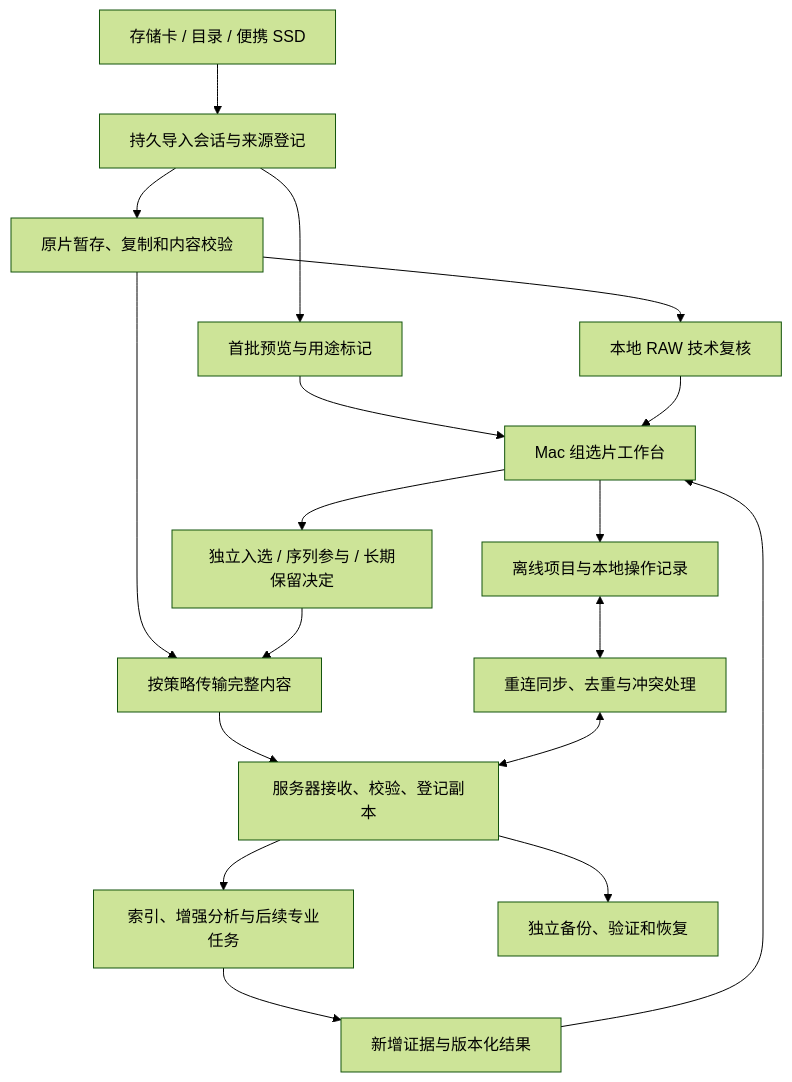
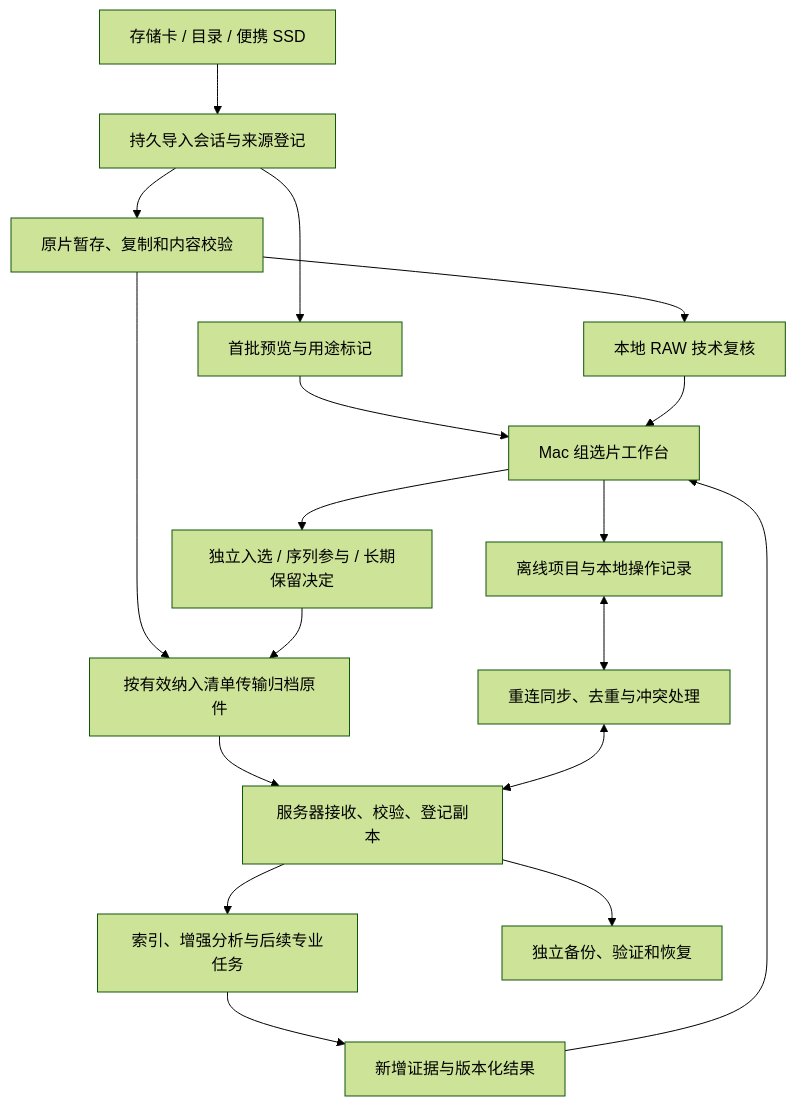
One commit to RobinQu/RAWMaster changed the second of 2 diagrams in docs/planning/04-client-server-workflow-draft.md. Above: the diagram before and after it, drawn with Mermaid (forest theme). The commit also changed other lines of this file and 357 other files, not shown here.

````diff
--- a/docs/planning/04-client-server-workflow-draft.md
+++ b/docs/planning/04-client-server-workflow-draft.md
@@ -49,20 +51,20 @@
 ```mermaid
 flowchart TD
     S[存储卡 / 目录 / 便携 SSD] --> I[持久导入会话与来源登记]
     I --> P[首批预览与用途标记]
     I --> C[原片暂存、复制和内容校验]
     P --> W[Mac 组选片工作台]
     C --> R[本地 RAW 技术复核]
     R --> W
     W --> D[独立入选 / 序列参与 / 长期保留决定]
-    C --> U[按策略传输完整内容]
+    C --> U[按有效纳入清单传输归档原件]
     D --> U
     U --> V[服务器接收、校验、登记副本]
     V --> A[索引、增强分析与后续专业任务]
     A --> E[新增证据与版本化结果]
     E --> W
     V --> B[独立备份、验证和恢复]
     W --> L[离线项目与本地操作记录]
     L <--> M[重连同步、去重与冲突处理]
     M <--> V
 ```
````
